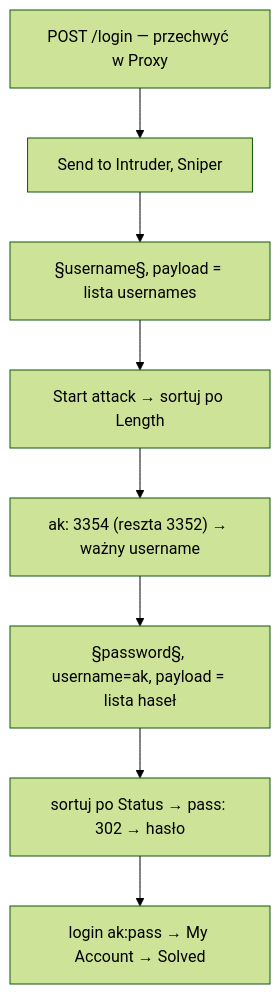
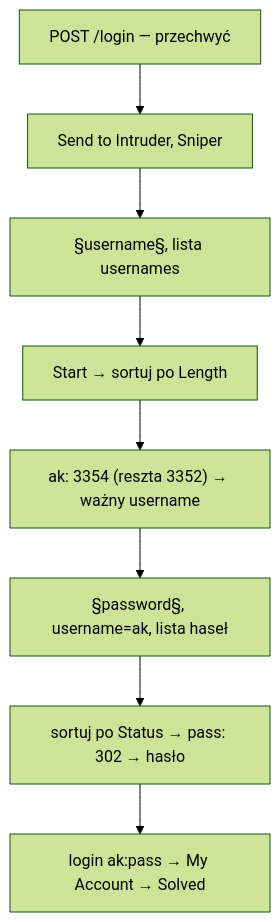
The diagram in authentication/01-username-enumeration-different-responses.md (DrCondor/portswigger-labs), drawn with Mermaid (forest theme) before and after one commit. The commit also changed other lines of this file and 26 other files, not shown here.

````diff
--- a/authentication/01-username-enumeration-different-responses.md
+++ b/authentication/01-username-enumeration-different-responses.md
@@ -66,10 +36,10 @@
 ```mermaid
 flowchart TD
-    A["POST /login — przechwyć w Proxy"] --> B["Send to Intruder, Sniper"]
-    B --> C["§username§, payload = lista usernames"]
-    C --> D["Start attack → sortuj po Length"]
+    A["POST /login — przechwyć"] --> B["Send to Intruder, Sniper"]
+    B --> C["§username§, lista usernames"]
+    C --> D["Start → sortuj po Length"]
     D --> E["ak: 3354 (reszta 3352) → ważny username"]
-    E --> F["§password§, username=ak, payload = lista haseł"]
+    E --> F["§password§, username=ak, lista haseł"]
     F --> G["sortuj po Status → pass: 302 → hasło"]
     G --> H["login ak:pass → My Account → Solved"]
 ```
````
